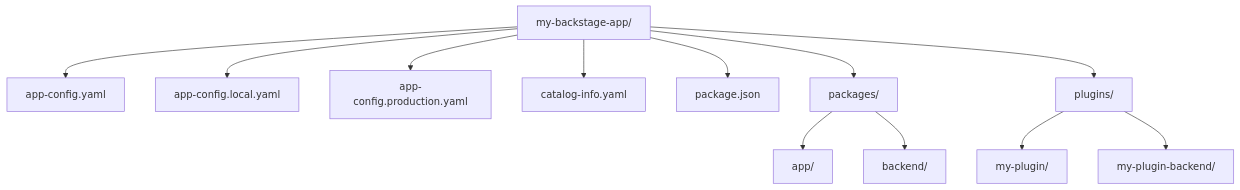
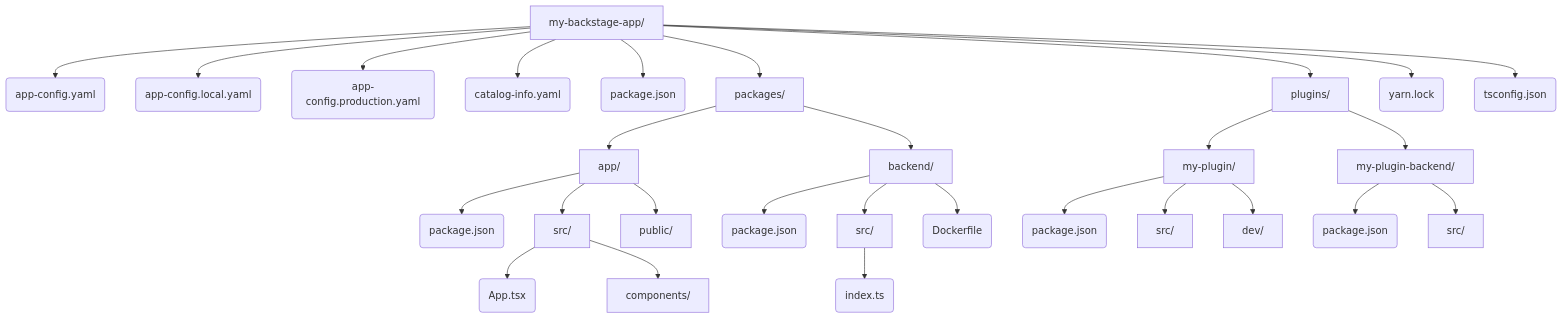
Before and after one commit to kube-dojo/kube-dojo: the diagram in src/content/docs/k8s/cba/module-1.1-backstage-dev-workflow.md, drawn with Mermaid. The commit also changed other lines of this file, not shown here.

Commit message:
chore(content): write-only draft [k8s/cba/module-1.1-backstage-dev-workflow]

````diff
--- a/src/content/docs/k8s/cba/module-1.1-backstage-dev-workflow.md
+++ b/src/content/docs/k8s/cba/module-1.1-backstage-dev-workflow.md
@@ -73,26 +89,34 @@
 ```mermaid
 graph TD
-    Root["my-backstage-app/"]
-    ConfigBase["app-config.yaml"]
-    ConfigLocal["app-config.local.yaml"]
-    ConfigProd["app-config.production.yaml"]
-    Catalog["catalog-info.yaml"]
-    PkgJson["package.json"]
-    Pkgs["packages/"]
-    App["app/"]
-    Backend["backend/"]
-    Plugins["plugins/"]
+    A["my-backstage-app/"] --> B("app-config.yaml")
+    A --> C("app-config.local.yaml")
+    A --> D("app-config.production.yaml")
+    A --> E("catalog-info.yaml")
+    A --> F("package.json")
+    A --> G["packages/"]
+    A --> H["plugins/"]
+    A --> I("yarn.lock")
+    A --> J("tsconfig.json")
 
-    Root --> ConfigBase
-    Root --> ConfigLocal
-    Root --> ConfigProd
-    Root --> Catalog
-    Root --> PkgJson
-    Root --> Pkgs
-    Root --> Plugins
+    G --> G1["app/"]
+    G1 --> G1A("package.json")
+    G1 --> G1B["src/"]
+    G1B --> G1B1("App.tsx")
+    G1B --> G1B2["components/"]
+    G1 --> G1C["public/"]
 
-    Pkgs --> App
-    Pkgs --> Backend
-    Plugins --> PluginA["my-plugin/"]
-    Plugins --> PluginB["my-plugin-backend/"]
+    G --> G2["backend/"]
+    G2 --> G2A("package.json")
+    G2 --> G2B["src/"]
+    G2B --> G2B1("index.ts")
+    G2 --> G2C("Dockerfile")
+
+    H --> H1["my-plugin/"]
+    H1 --> H1A("package.json")
+    H1 --> H1B["src/"]
+    H1 --> H1C["dev/"]
+
+    H --> H2["my-plugin-backend/"]
+    H2 --> H2A("package.json")
+    H2 --> H2B["src/"]
 ```
````
